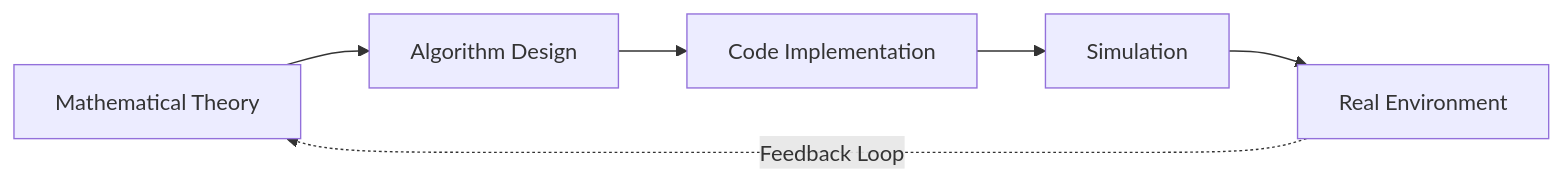
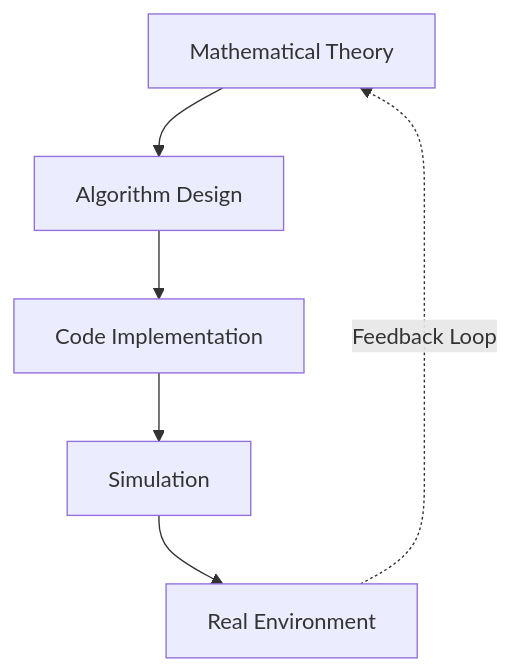
Before and after one commit to arindam-codes/arindam-codes: the second of 2 diagrams in README.md, drawn with Mermaid. The commit also changed other lines of this file, not shown here.

````diff
--- a/README.md
+++ b/README.md
@@ -178,8 +88,8 @@
 ```mermaid
-flowchart LR
+flowchart TD
     A[Mathematical Theory] --> B[Algorithm Design]
     B --> C[Code Implementation]
     C --> D[Simulation]
     D --> E[Real Environment]
     E -.->|Feedback Loop| A
 ```
````
